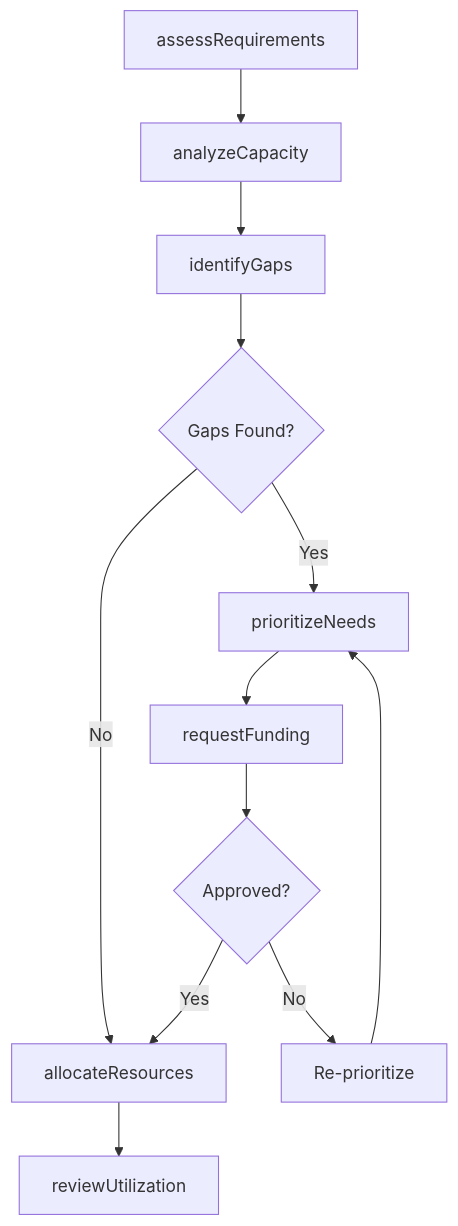
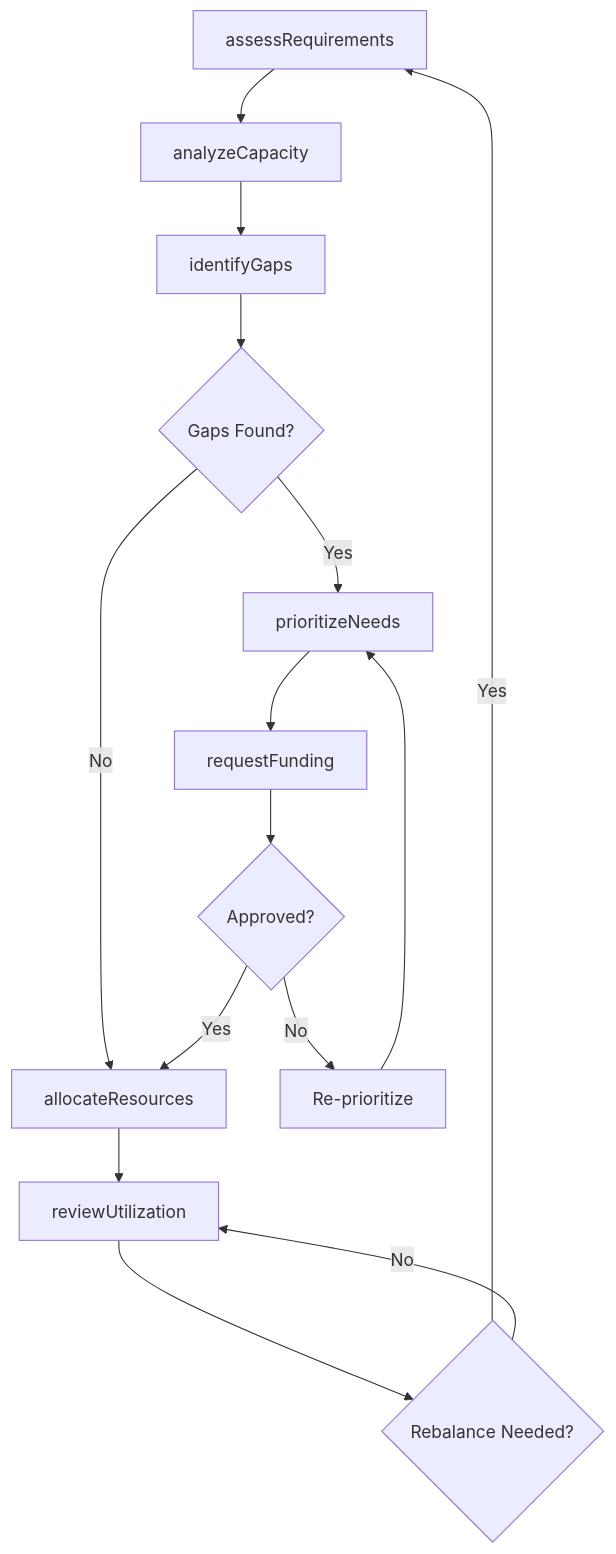
One commit to dot-org-ai/tasks.org.ai changed the third of 4 diagrams in MakingDecisionsAndSolvingProblems/DetermineResourceNeedsOfProjectsOrOperations/DetermineResourceNeeds.mdx. Above: the diagram before and after it, drawn with Mermaid. The commit also changed other lines of this file and 504 other files, not shown here.

First line of the commit message:
feat: Add ER diagrams, state diagrams, and workflow improvements to 96 DWA task files

````diff
--- a/MakingDecisionsAndSolvingProblems/DetermineResourceNeedsOfProjectsOrOperations/DetermineResourceNeeds.mdx
+++ b/MakingDecisionsAndSolvingProblems/DetermineResourceNeedsOfProjectsOrOperations/DetermineResourceNeeds.mdx
@@ -86,14 +115,17 @@
 ```mermaid
 graph TD
     A[assessRequirements] --> B[analyzeCapacity]
     B --> C[identifyGaps]
     C --> D{Gaps Found?}
     D -->|Yes| E[prioritizeNeeds]
     D -->|No| F[allocateResources]
     E --> G[requestFunding]
     G --> H{Approved?}
     H -->|Yes| F
     H -->|No| I[Re-prioritize]
     I --> E
     F --> J[reviewUtilization]
+    J --> K{Rebalance Needed?}
+    K -->|Yes| A
+    K -->|No| J
 ```
````
